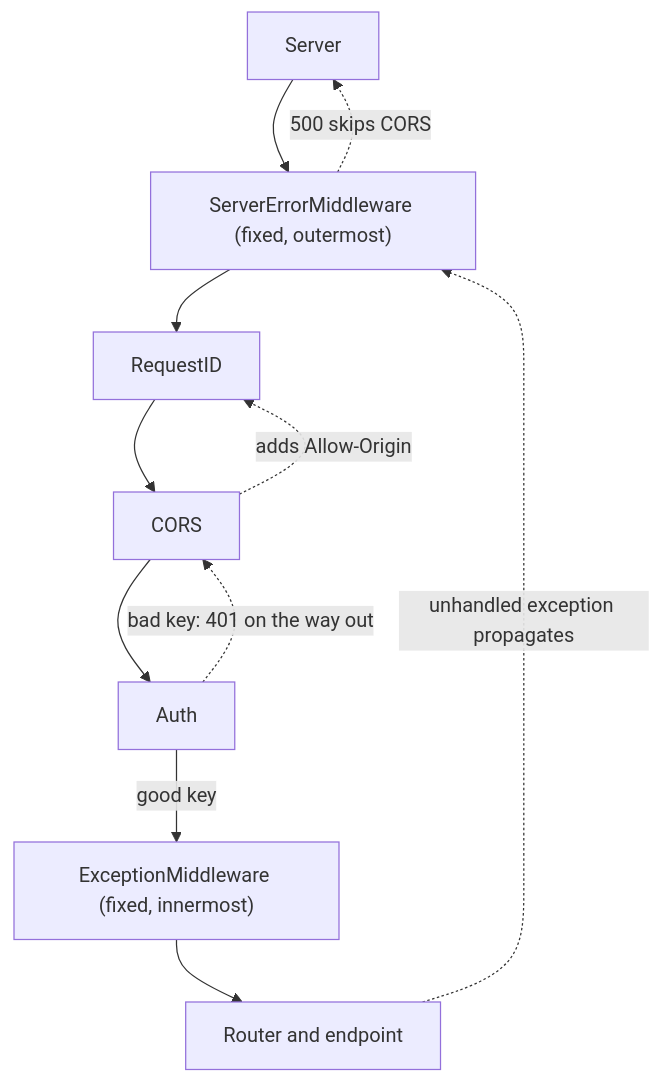
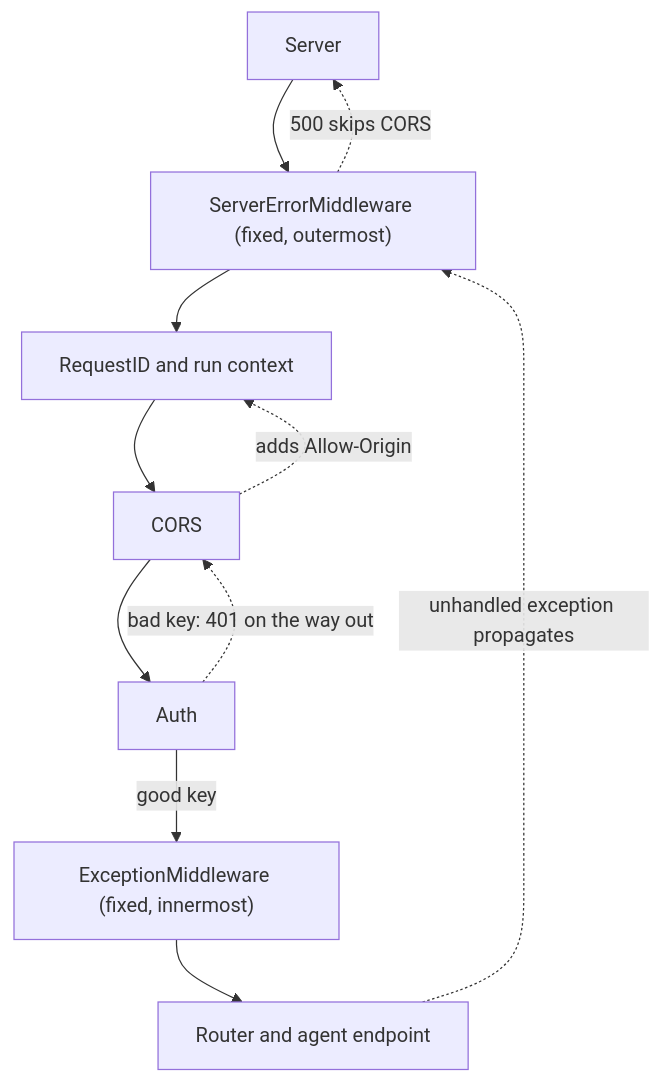
Before and after one commit to lovishmahajan97/agentic-learning: the diagram in content/fastapi-for-ai/middleware-ordering.md, drawn with Mermaid. The commit also changed other lines of this file and 266 other files, not shown here.

````diff
--- a/content/fastapi-for-ai/middleware-ordering.md
+++ b/content/fastapi-for-ai/middleware-ordering.md
@@ -120,13 +134,13 @@
 ```mermaid
 flowchart TD
     W["Server"] --> SE["ServerErrorMiddleware (fixed, outermost)"]
-    SE --> RID["RequestID"]
+    SE --> RID["RequestID and run context"]
     RID --> CO["CORS"]
     CO --> AU["Auth"]
     AU -->|"good key"| EX["ExceptionMiddleware (fixed, innermost)"]
-    EX --> R["Router and endpoint"]
+    EX --> R["Router and agent endpoint"]
     AU -.->|"bad key: 401 on the way out"| CO
     CO -.->|"adds Allow-Origin"| RID
     R -.->|"unhandled exception propagates"| SE
     SE -.->|"500 skips CORS"| W
 ```
````
